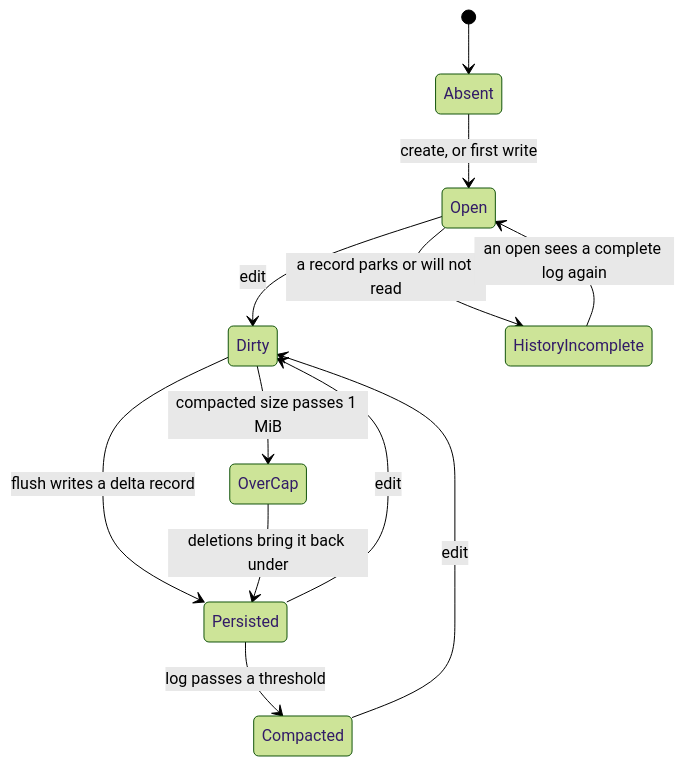
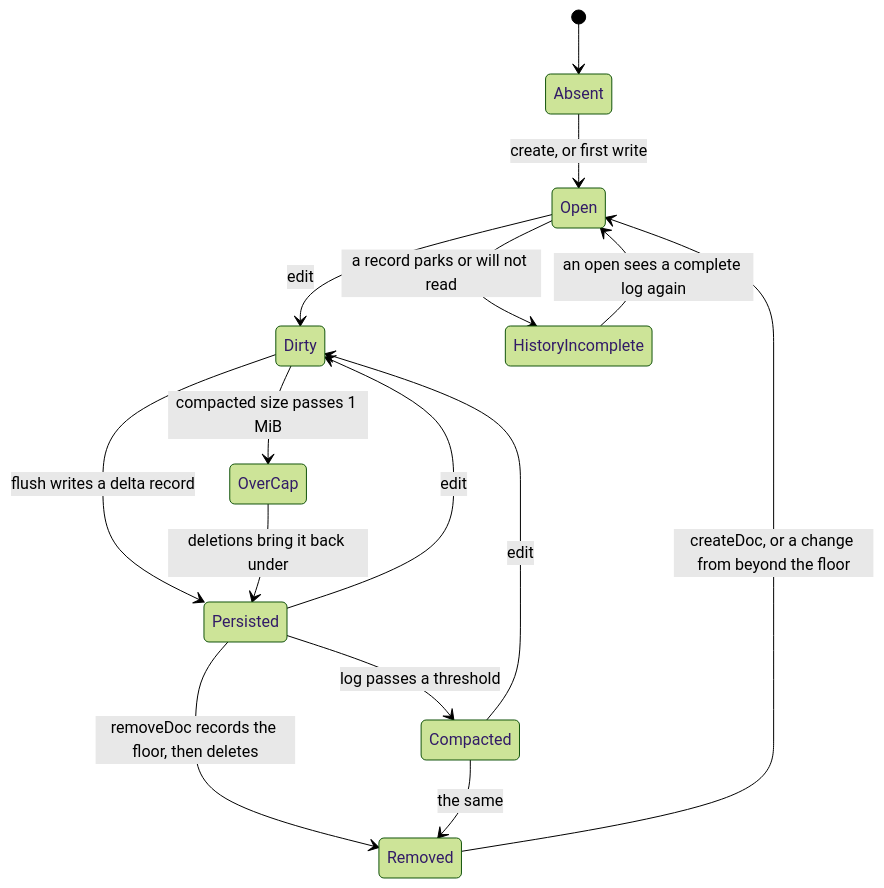
One commit to Offline-Protocol/offline-protocol-sdk changed the first of 3 diagrams in docs/state-machines/data-replication.md. Above: the diagram before and after it, drawn with Mermaid (forest theme). The commit also changed other lines of this file and 41 other files, not shown here.

````diff
--- a/docs/state-machines/data-replication.md
+++ b/docs/state-machines/data-replication.md
@@ -41,16 +41,20 @@
 ```mermaid
 stateDiagram-v2
     [*] --> Absent
     Absent --> Open: create, or first write
     Open --> Dirty: edit
     Dirty --> Persisted: flush writes a delta record
     Persisted --> Dirty: edit
     Persisted --> Compacted: log passes a threshold
     Compacted --> Dirty: edit
 
     Dirty --> OverCap: compacted size passes 1 MiB
     OverCap --> Persisted: deletions bring it back under
 
     Open --> HistoryIncomplete: a record parks or will not read
     HistoryIncomplete --> Open: an open sees a complete log again
+
+    Persisted --> Removed: removeDoc records the floor, then deletes
+    Compacted --> Removed: the same
+    Removed --> Open: createDoc, or a change from beyond the floor
 ```
````
